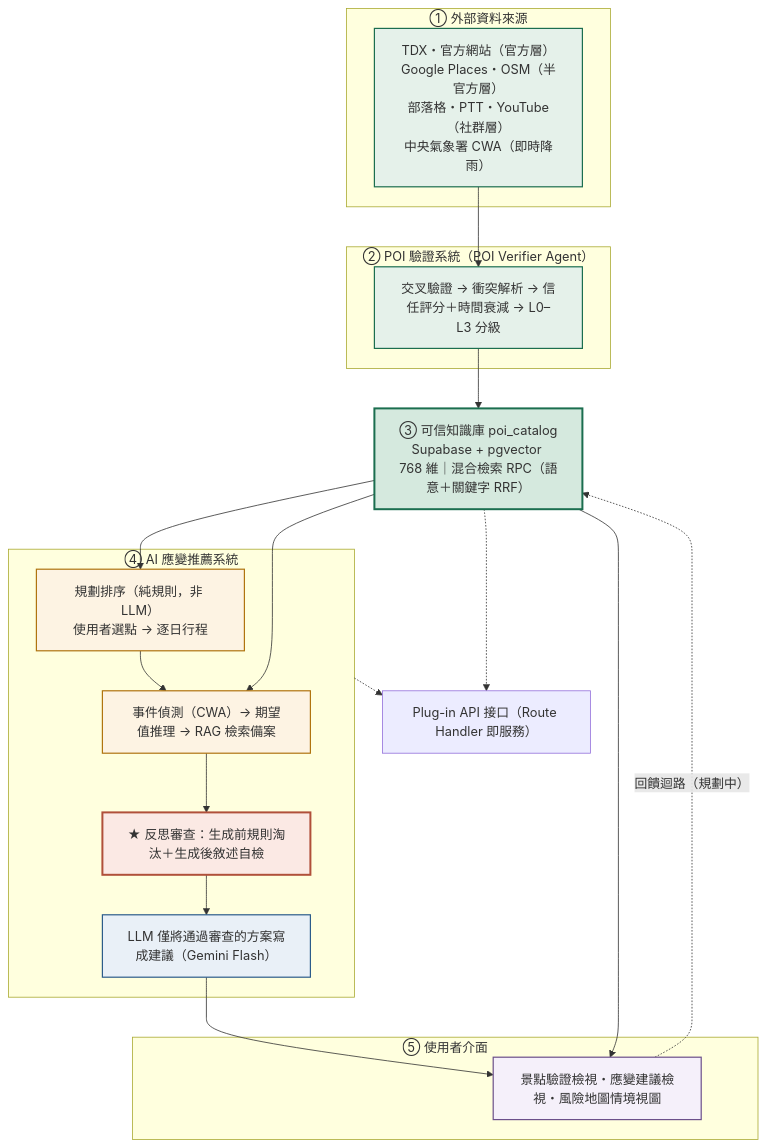
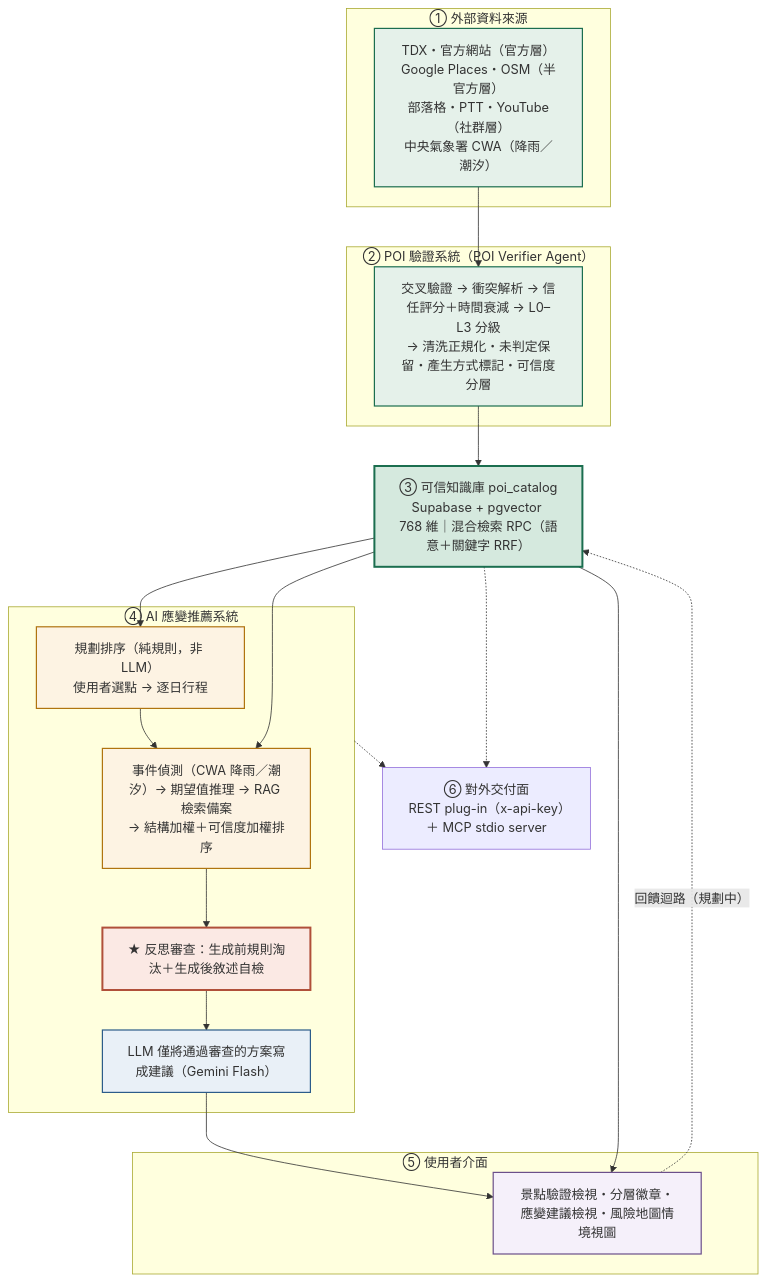
One commit to hakuhaku24/navigator changed the first of 2 diagrams in 2026全國大專校院智慧創新暨跨域整合創作競賽系統需求書.md. Above: the diagram before and after it, drawn with Mermaid. The commit also changed other lines of this file and 5 other files, not shown here.

````diff
--- a/2026全國大專校院智慧創新暨跨域整合創作競賽系統需求書.md
+++ b/2026全國大專校院智慧創新暨跨域整合創作競賽系統需求書.md
@@ -77,49 +86,49 @@
 ```mermaid
 flowchart TB
   classDef data fill:#e5f1ea,stroke:#1B6E4F,stroke-width:1.5px;
   classDef infer fill:#fdf3e3,stroke:#b0740f,stroke-width:1.5px;
   classDef llm fill:#e9f0f7,stroke:#2c5c8a,stroke-width:1.5px;
   classDef ui fill:#f5f0fa,stroke:#6b4f8a,stroke-width:1.5px;
   classDef hub fill:#d5e9de,stroke:#1B6E4F,stroke-width:2.5px;
   classDef reflect fill:#fbe9e4,stroke:#b0503a,stroke-width:2.5px;
 
   subgraph L1["① 外部資料來源"]
-    SRC["TDX・官方網站（官方層）<br/>Google Places・OSM（半官方層）<br/>部落格・PTT・YouTube（社群層）<br/>中央氣象署 CWA（即時降雨）"]
+    SRC["TDX・官方網站（官方層）<br/>Google Places・OSM（半官方層）<br/>部落格・PTT・YouTube（社群層）<br/>中央氣象署 CWA（降雨／潮汐）"]
   end
 
   subgraph L2["② POI 驗證系統（POI Verifier Agent）"]
-    XVAL["交叉驗證 → 衝突解析 → 信任評分＋時間衰減 → L0–L3 分級"]
+    XVAL["交叉驗證 → 衝突解析 → 信任評分＋時間衰減 → L0–L3 分級<br/>→ 清洗正規化・未判定保留・產生方式標記・可信度分層"]
   end
 
   HUB["③ 可信知識庫 poi_catalog<br/>Supabase + pgvector 768 維｜混合檢索 RPC（語意＋關鍵字 RRF）"]
 
   subgraph L4["④ AI 應變推薦系統"]
     DRAFT["規劃排序（純規則，非 LLM）<br/>使用者選點 → 逐日行程"]
-    DETECT["事件偵測（CWA）→ 期望值推理 → RAG 檢索備案"]
+    DETECT["事件偵測（CWA 降雨／潮汐）→ 期望值推理 → RAG 檢索備案<br/>→ 結構加權＋可信度加權排序"]
     REFLECT["★ 反思審查：生成前規則淘汰＋生成後敘述自檢"]
     GEN["LLM 僅將通過審查的方案寫成建議（Gemini Flash）"]
     DETECT --> REFLECT --> GEN
   end
 
   subgraph L5["⑤ 使用者介面"]
-    UI["景點驗證檢視・應變建議檢視・風險地圖情境視圖"]
+    UI["景點驗證檢視・分層徽章・應變建議檢視・風險地圖情境視圖"]
   end
 
-  PLUGIN["Plug-in API 接口（Route Handler 即服務）"]
+  PLUGIN["⑥ 對外交付面<br/>REST plug-in（x-api-key）＋ MCP stdio server"]
 
   SRC --> XVAL --> HUB
   HUB --> DRAFT --> DETECT
   HUB --> DETECT
   GEN --> UI
   HUB --> UI
   HUB -.-> PLUGIN
   L4 -.-> PLUGIN
   UI -.->|回饋迴路（規劃中）| HUB
 
   class SRC,XVAL data;
   class DETECT,DRAFT infer;
   class GEN llm;
   class UI ui;
   class HUB hub;
   class REFLECT reflect;
 ```
````
